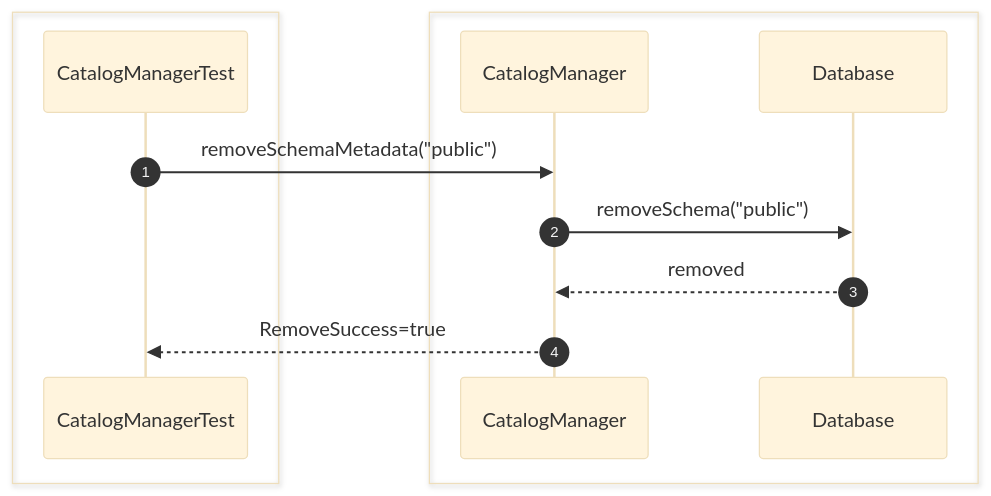
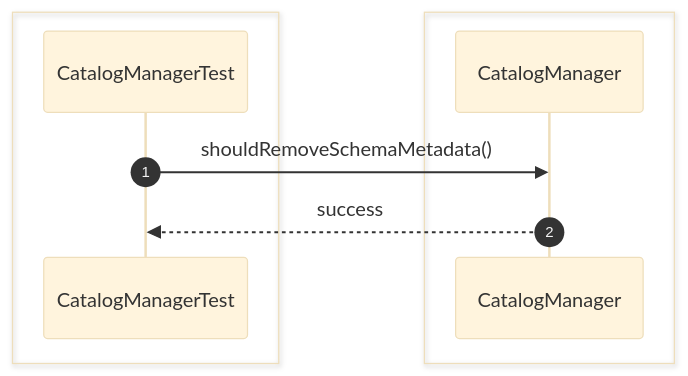
Diagram 16 of 28 in src/sequence/catalog.md (Huy1801214/dbms-architecture), drawn with Mermaid (base theme) before and after one commit. The commit also changed other lines of this file and 68 other files, not shown here.

Commit message:
implement comprehensive unit test suite and architectural sequence documentation

````diff
--- a/src/sequence/catalog.md
+++ b/src/sequence/catalog.md
@@ -349,19 +231,13 @@
 ```mermaid
 sequenceDiagram
     autonumber
     box #e1f5fe Test Suite
     participant Test as CatalogManagerTest
     end
-    box #e8f5e9 Catalog Objects
-    participant Catalog as CatalogManager
-    participant DB as Database
+    box #e8f5e9 CatalogManager Component
+    participant CM as CatalogManager
     end
 
-    Test->>Catalog: removeSchemaMetadata("public")
-
-    Catalog->>DB: removeSchema("public")
-
-    DB-->>Catalog: removed
-
-    Catalog-->>Test: RemoveSuccess=true
+    Test->>CM: shouldRemoveSchemaMetadata()
+    CM-->>Test: success
 ```
````
